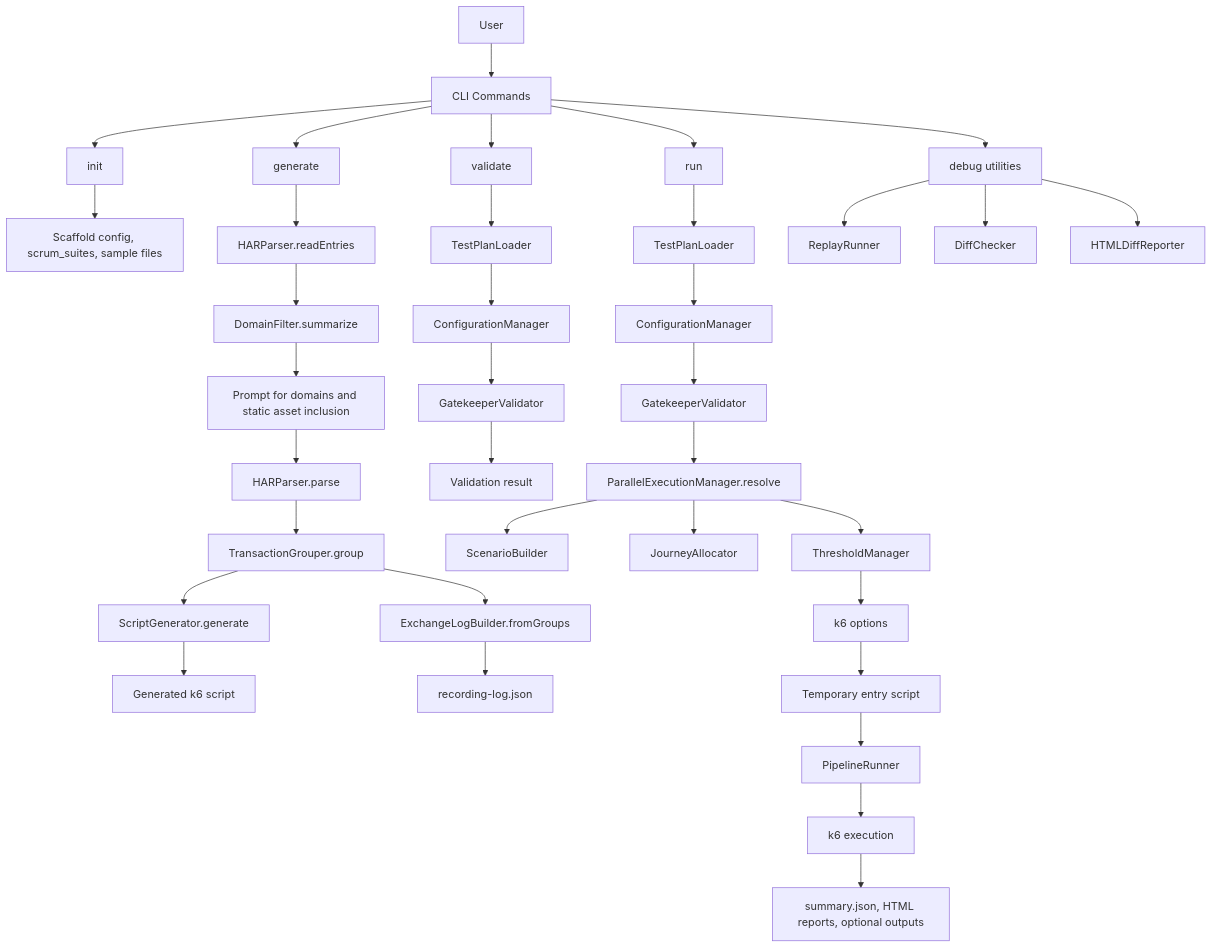
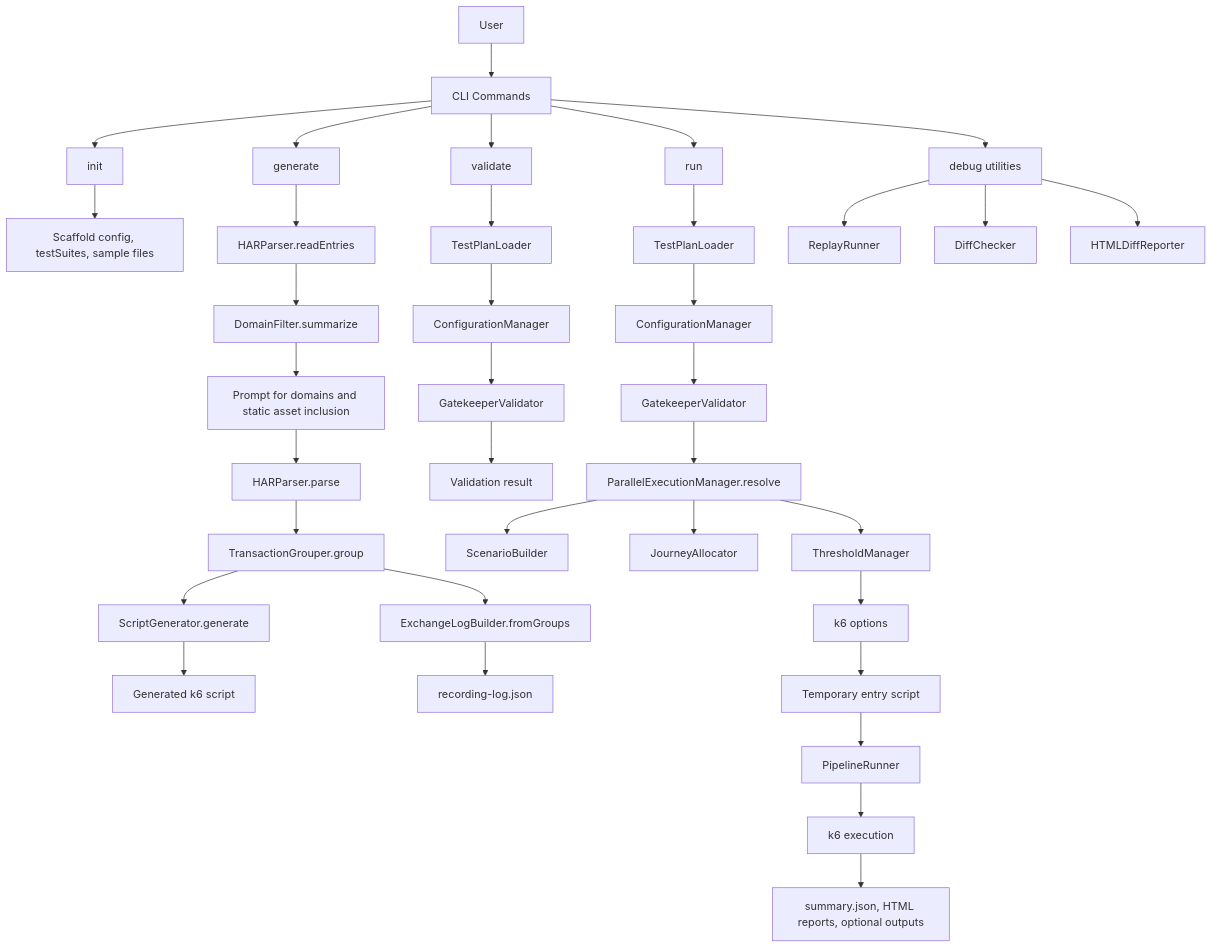
The first of 10 diagrams in Current-Framework-Flow.md (Mechavenger-adi/PerfFramework_k6), drawn with Mermaid before and after one commit. The commit also changed other lines of this file and 119 other files, not shown here.

Commit message:
updated scrum_suites with testSuites

````diff
--- a/Current-Framework-Flow.md
+++ b/Current-Framework-Flow.md
@@ -9,44 +9,44 @@
 ```mermaid
 flowchart TD
     U[User] --> CLI[CLI Commands]
 
     CLI --> INIT[init]
     CLI --> GEN[generate]
     CLI --> VAL[validate]
     CLI --> RUN[run]
     CLI --> DBG[debug utilities]
 
-    INIT --> INIT_SCAFFOLD[Scaffold config, scrum_suites, sample files]
+    INIT --> INIT_SCAFFOLD[Scaffold config, testSuites, sample files]
 
     GEN --> HAR_READ[HARParser.readEntries]
     HAR_READ --> DOMAIN_SUMMARY[DomainFilter.summarize]
     DOMAIN_SUMMARY --> DOMAIN_PROMPTS[Prompt for domains and static asset inclusion]
     DOMAIN_PROMPTS --> HAR_PARSE[HARParser.parse]
     HAR_PARSE --> TXN_GROUP[TransactionGrouper.group]
     TXN_GROUP --> SCRIPT_GEN[ScriptGenerator.generate]
     TXN_GROUP --> REC_LOG[ExchangeLogBuilder.fromGroups]
     SCRIPT_GEN --> SCRIPT_OUT[Generated k6 script]
     REC_LOG --> REC_LOG_OUT[recording-log.json]
 
     VAL --> PLAN_LOAD[TestPlanLoader]
     PLAN_LOAD --> CONFIG_RESOLVE[ConfigurationManager]
     CONFIG_RESOLVE --> GATEKEEPER[GatekeeperValidator]
     GATEKEEPER --> VAL_RESULT[Validation result]
 
     RUN --> RUN_PLAN[TestPlanLoader]
     RUN_PLAN --> RUN_CONFIG[ConfigurationManager]
     RUN_CONFIG --> RUN_GATE[GatekeeperValidator]
     RUN_GATE --> PAR_EXEC[ParallelExecutionManager.resolve]
     PAR_EXEC --> SCENARIO_BUILD[ScenarioBuilder]
     PAR_EXEC --> JOURNEY_ALLOC[JourneyAllocator]
     PAR_EXEC --> THRESHOLDS[ThresholdManager]
     THRESHOLDS --> K6_OPTIONS[k6 options]
     K6_OPTIONS --> TEMP_ENTRY[Temporary entry script]
     TEMP_ENTRY --> PIPELINE[PipelineRunner]
     PIPELINE --> K6_RUN[k6 execution]
     K6_RUN --> REPORTS[summary.json, HTML reports, optional outputs]
 
     DBG --> REPLAY_RUN[ReplayRunner]
     DBG --> DIFF[DiffChecker]
     DBG --> HTML_DIFF[HTMLDiffReporter]
 ```
````
